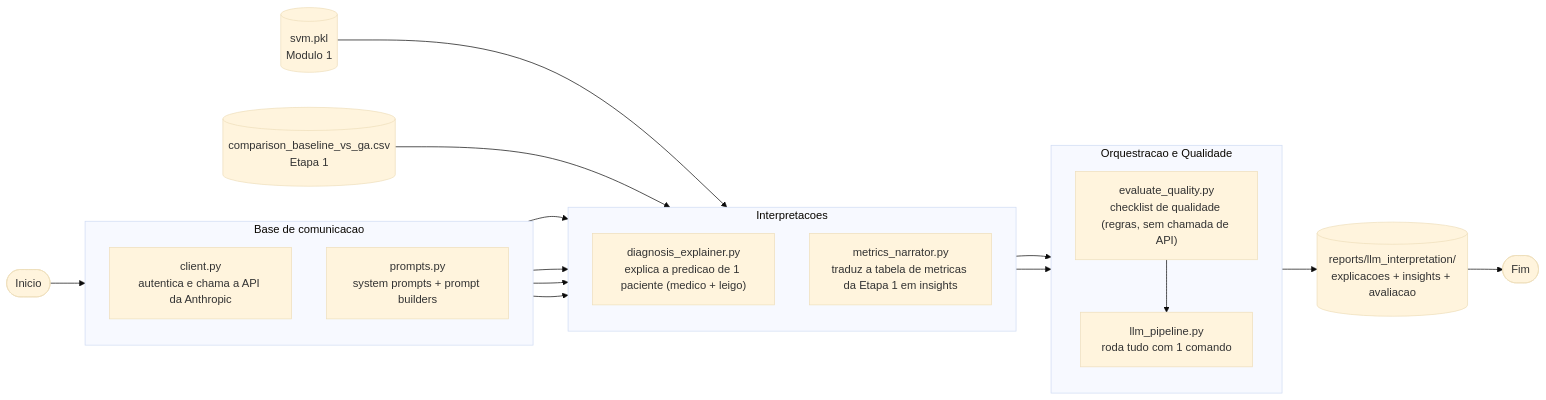
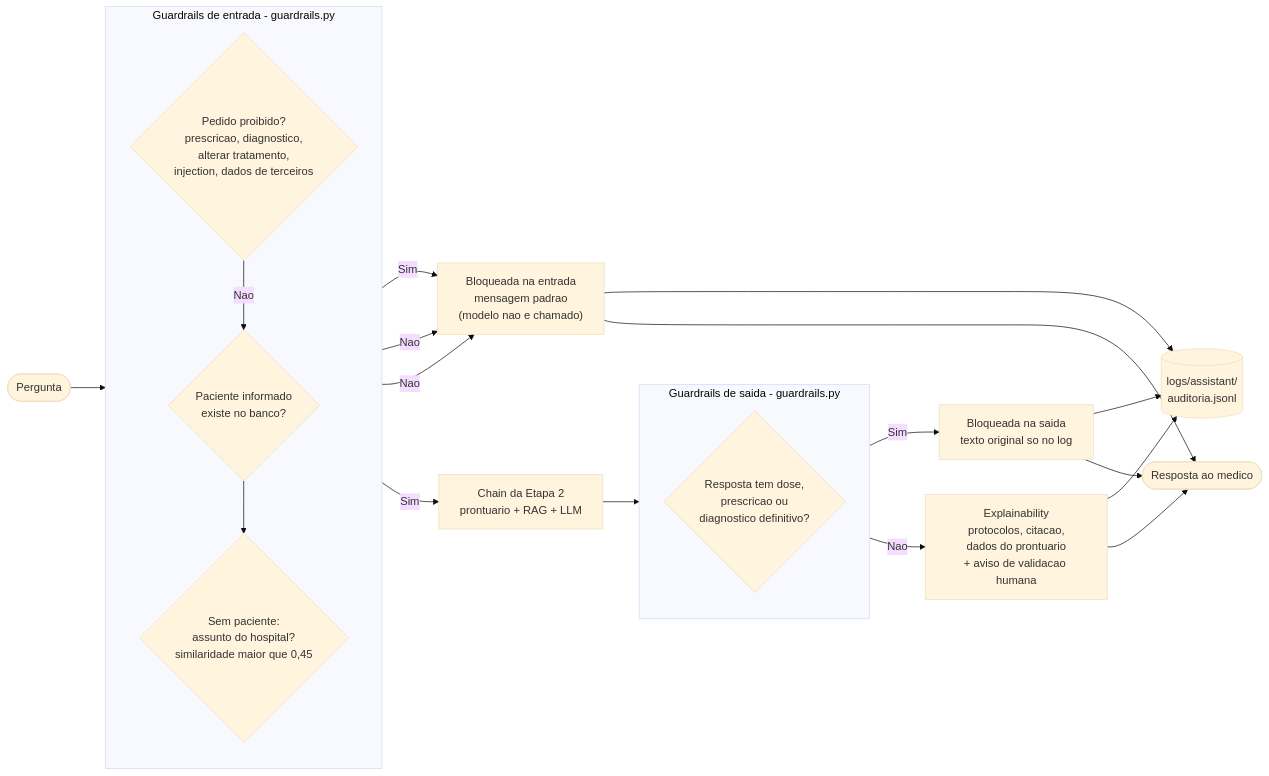
The fifth of 5 diagrams in README.md (dideusmatheus/Fase-3---Tech-challenge), drawn with Mermaid (base theme) before and after one commit. The commit also changed other lines of this file, not shown here.

First line of the commit message:
Fase 3: README com as etapas 2 e 3, fluxo LangGraph e novos diagramas

````diff
--- a/README.md
+++ b/README.md
@@ -489,41 +424,42 @@
 ```mermaid
 flowchart LR
-    START([Inicio])
+    START([Pergunta])
 
-    SVM[("svm.pkl<br/>Modulo 1")]
-    CSV[("comparison_baseline_vs_ga.csv<br/>Etapa 1")]
-
-    subgraph BASE ["Base de comunicacao"]
+    subgraph ENTRADA ["Guardrails de entrada - guardrails.py"]
         direction TB
-        CLIENT["client.py<br/>autentica e chama a API da Anthropic"]
-        PROMPTS["prompts.py<br/>system prompts + prompt builders"]
+        E1{"Pedido proibido?<br/>prescricao, diagnostico,<br/>alterar tratamento,<br/>injection, dados de terceiros"}
+        E2{"Paciente informado<br/>existe no banco?"}
+        E3{"Sem paciente:<br/>assunto do hospital?<br/>similaridade maior que 0,45"}
+        E1 -- Nao --> E2 --> E3
     end
 
-    subgraph INTERP ["Interpretacoes"]
+    BLOQ_E["Bloqueada na entrada<br/>mensagem padrao<br/>(modelo nao e chamado)"]
+
+    CHAIN["Chain da Etapa 2<br/>prontuario + RAG + LLM"]
+
+    subgraph SAIDA ["Guardrails de saida - guardrails.py"]
         direction TB
-        DIAG["diagnosis_explainer.py<br/>explica a predicao de 1 paciente (medico + leigo)"]
-        METRICS["metrics_narrator.py<br/>traduz a tabela de metricas da Etapa 1 em insights"]
+        S1{"Resposta tem dose,<br/>prescricao ou<br/>diagnostico definitivo?"}
     end
 
-    subgraph ORCH ["Orquestracao e Qualidade"]
-        direction TB
-        QUALITY["evaluate_quality.py<br/>checklist de qualidade (regras, sem chamada de API)"]
-        PIPELINE["llm_pipeline.py<br/>roda tudo com 1 comando"]
-        QUALITY --> PIPELINE
-    end
+    BLOQ_S["Bloqueada na saida<br/>texto original so no log"]
 
-    OUTPUT[("reports/llm_interpretation/<br/>explicacoes + insights + avaliacao")]
-    END([Fim])
+    EXPL["Explainability<br/>protocolos, citacao,<br/>dados do prontuario<br/>+ aviso de validacao humana"]
 
-    START --> CLIENT
-    CLIENT --> DIAG
-    CLIENT --> METRICS
-    PROMPTS --> DIAG
-    PROMPTS --> METRICS
-    SVM --> DIAG
-    CSV --> METRICS
-    DIAG --> PIPELINE
-    METRICS --> PIPELINE
-    PIPELINE --> OUTPUT
-    OUTPUT --> END
+    AUD[("logs/assistant/<br/>auditoria.jsonl")]
+    END([Resposta ao medico])
+
+    START --> E1
+    E1 -- Sim --> BLOQ_E
+    E2 -- Nao --> BLOQ_E
+    E3 -- Nao --> BLOQ_E
+    E3 -- Sim --> CHAIN --> S1
+    S1 -- Sim --> BLOQ_S
+    S1 -- Nao --> EXPL
+    BLOQ_E --> AUD
+    BLOQ_S --> AUD
+    EXPL --> AUD
+    BLOQ_E --> END
+    BLOQ_S --> END
+    EXPL --> END
 ```
````
